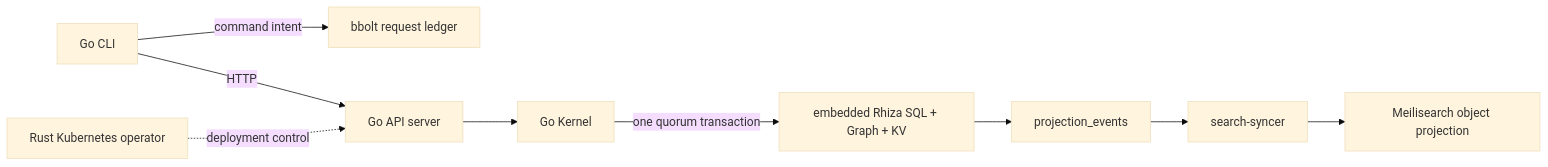
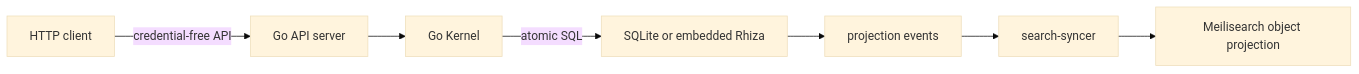
Before and after one commit to mrchypark/compos: the diagram in docs/specs/runtime-topology.md, drawn with Mermaid (base theme). The commit also changed other lines of this file and 130 other files, not shown here.

````diff
--- a/docs/specs/runtime-topology.md
+++ b/docs/specs/runtime-topology.md
@@ -5,11 +5,9 @@
 ```mermaid
 flowchart LR
-    CLI["Go CLI"] -->|"command intent"| Audit["bbolt request ledger"]
-    CLI -->|"HTTP"| Server["Go API server"]
+    Client["HTTP client"] -->|"credential-free API"| Server["Go API server"]
     Server --> Kernel["Go Kernel"]
-    Kernel -->|"one quorum transaction"| Rhiza["embedded Rhiza SQL + Graph + KV"]
-    Rhiza --> Events["projection_events"]
+    Kernel -->|"atomic SQL"| Store["SQLite or embedded Rhiza"]
+    Store --> Events["projection events"]
     Events --> Syncer["search-syncer"]
     Syncer --> Search["Meilisearch object projection"]
-    Operator["Rust Kubernetes operator"] -. "deployment control" .-> Server
 ```
````
